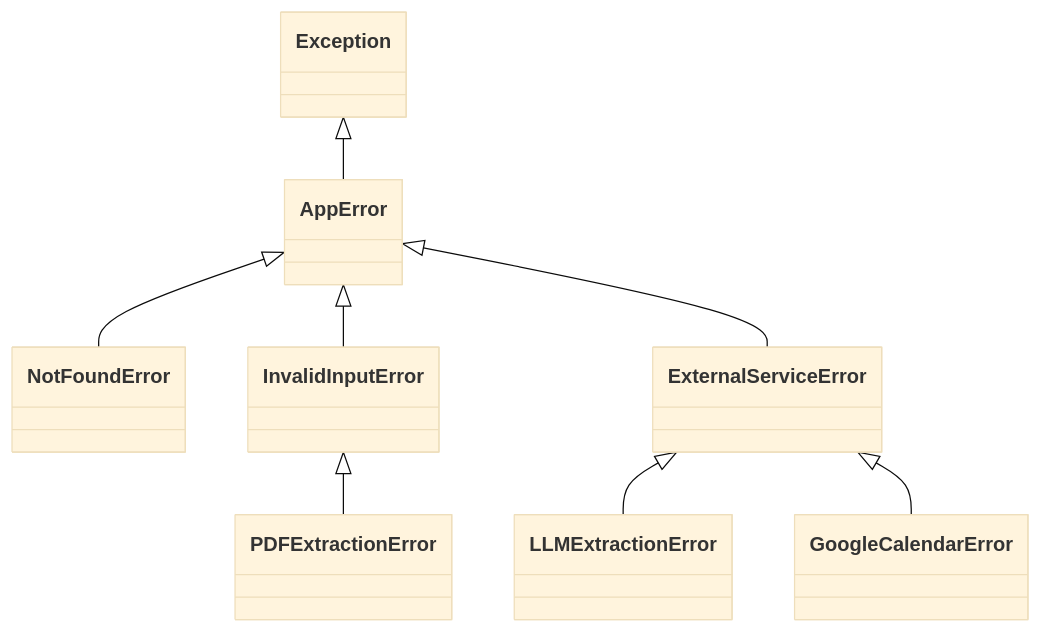
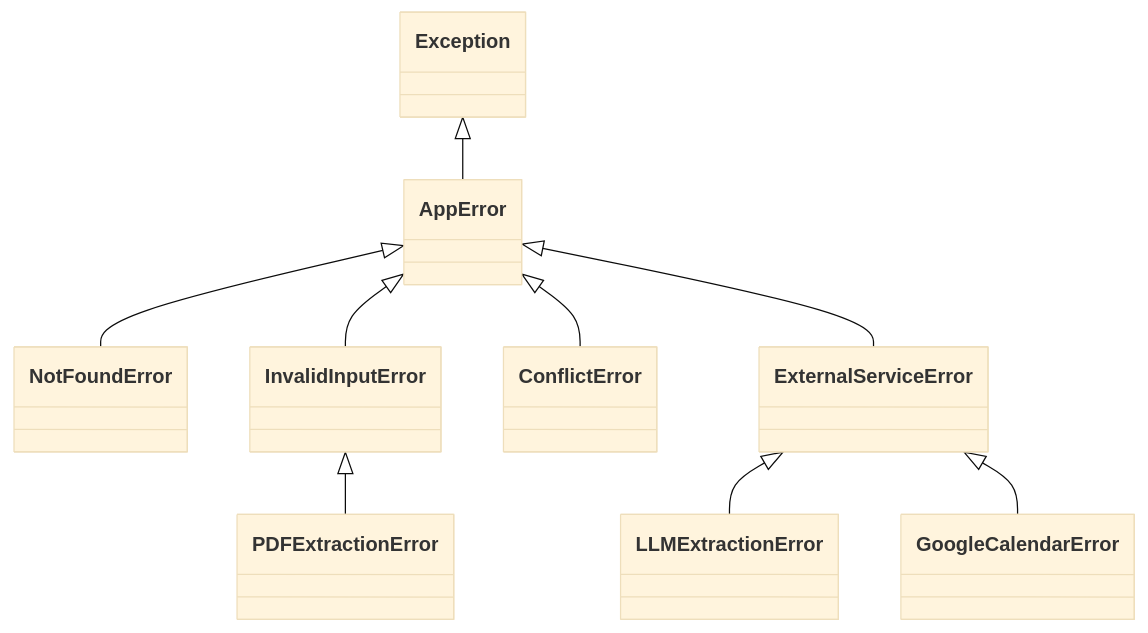
The fourth of 6 diagrams in ARCHITECTURE.md (liam-shah/Syllabus2Cal), drawn with Mermaid (base theme) before and after one commit. The commit also changed other lines of this file and 23 other files, not shown here.

````diff
--- a/ARCHITECTURE.md
+++ b/ARCHITECTURE.md
@@ -162,10 +198,11 @@
 ```mermaid
 classDiagram
     Exception <|-- AppError
     AppError <|-- NotFoundError
     AppError <|-- InvalidInputError
+    AppError <|-- ConflictError
     AppError <|-- ExternalServiceError
     InvalidInputError <|-- PDFExtractionError
     ExternalServiceError <|-- LLMExtractionError
     ExternalServiceError <|-- GoogleCalendarError
 ```
````
